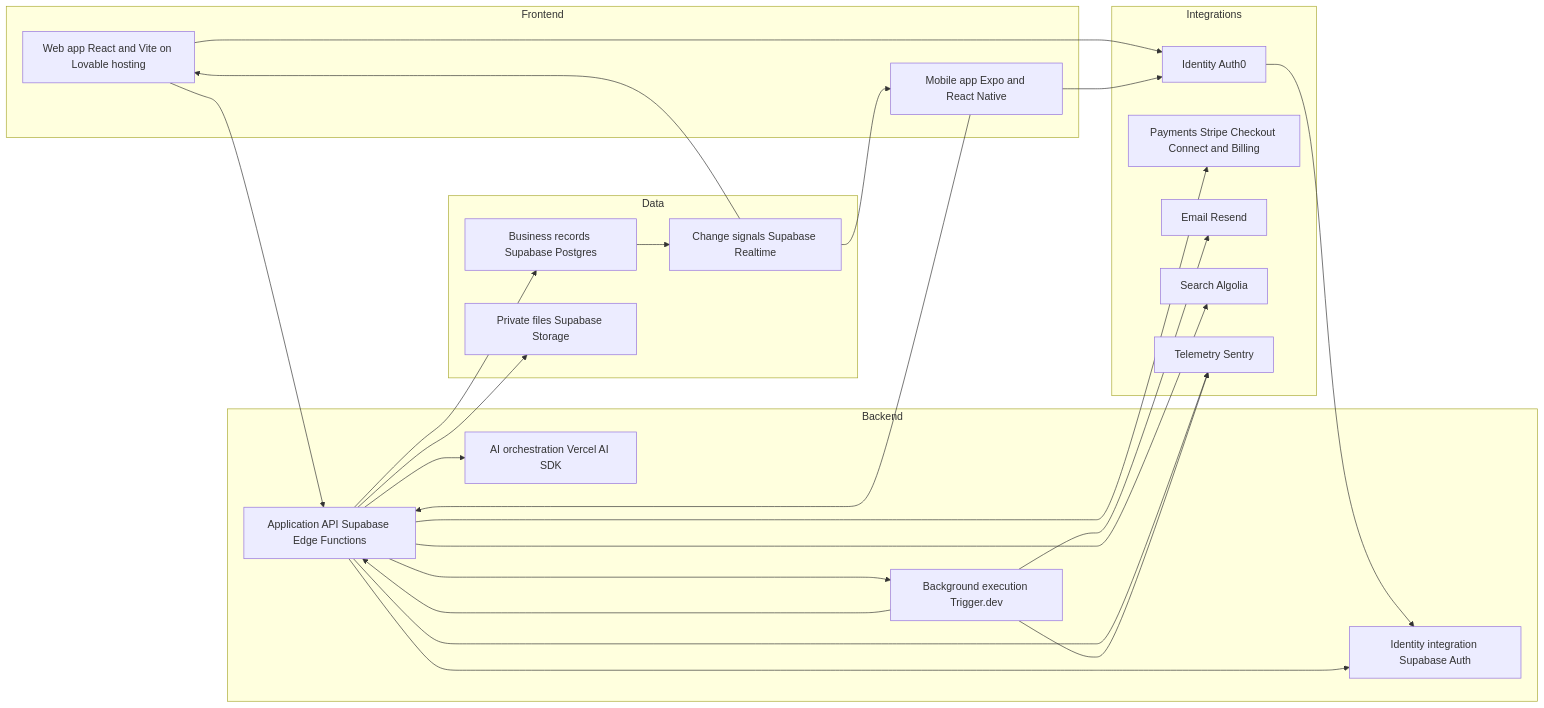
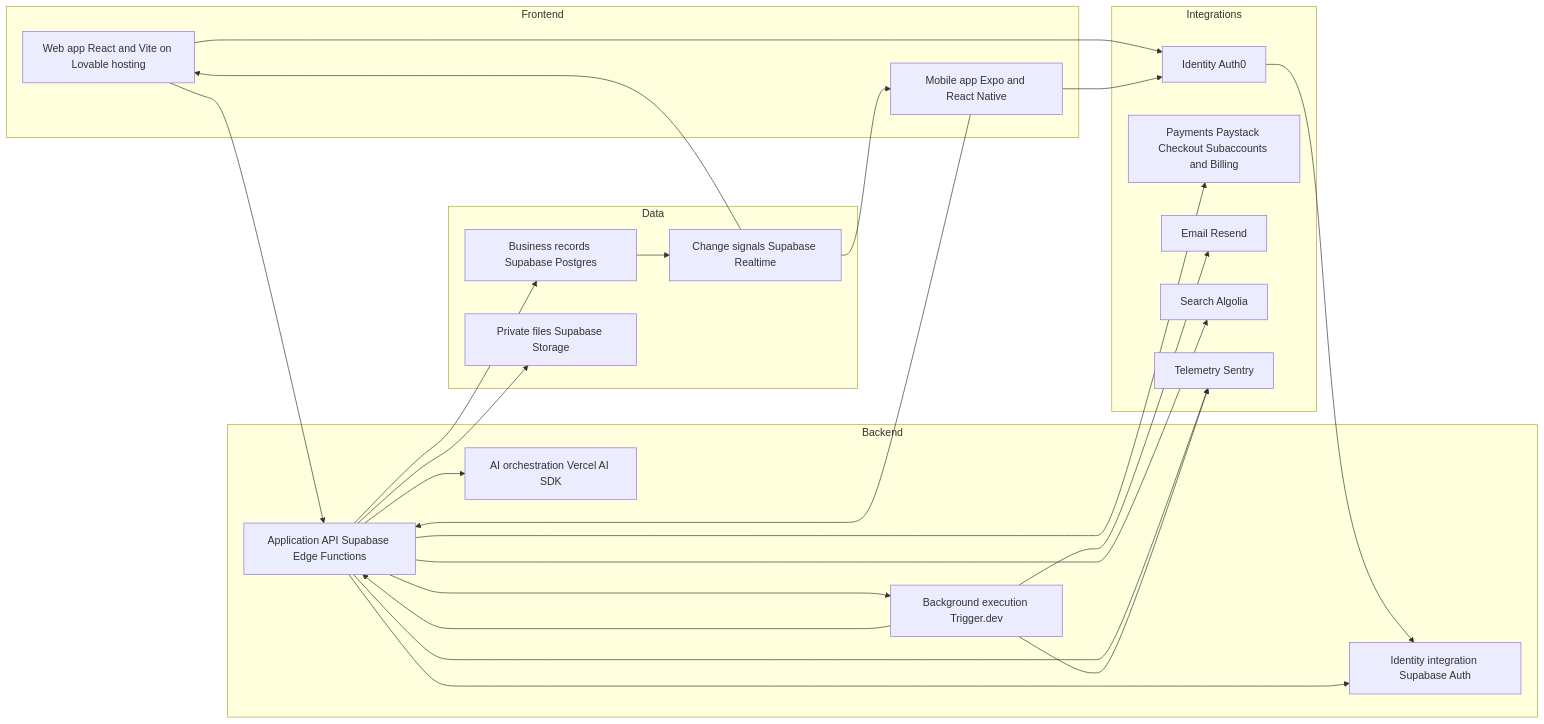
Before and after one commit to TheLionKing7/Owanbe: the second of 4 diagrams in blueprint/architecture.md, drawn with Mermaid. The commit also changed other lines of this file and 15 other files, not shown here.

````diff
--- a/blueprint/architecture.md
+++ b/blueprint/architecture.md
@@ -52,44 +52,44 @@
 ```mermaid
 flowchart LR
 subgraph Frontend
 Web["Web app React and Vite on Lovable hosting"]
 Mobile["Mobile app Expo and React Native"]
 end
 subgraph Backend
 API["Application API Supabase Edge Functions"]
 Access["Identity integration Supabase Auth"]
 Jobs["Background execution Trigger.dev"]
 AI["AI orchestration Vercel AI SDK"]
 end
 subgraph Data
 DB["Business records Supabase Postgres"]
 Files["Private files Supabase Storage"]
 Live["Change signals Supabase Realtime"]
 end
 subgraph Integrations
 Login["Identity Auth0"]
-Pay["Payments Stripe Checkout Connect and Billing"]
+Pay["Payments Paystack Checkout Subaccounts and Billing"]
 Mail["Email Resend"]
 Search["Search Algolia"]
 Errors["Telemetry Sentry"]
 end
 Web --> API
 Mobile --> API
 Web --> Login
 Mobile --> Login
 Login --> Access
 API --> Access
 API --> DB
 API --> Files
 API --> AI
 API --> Pay
 API --> Search
 API --> Jobs
 Jobs --> API
 Jobs --> Mail
 DB --> Live
 Live --> Web
 Live --> Mobile
 API --> Errors
 Jobs --> Errors
 ```
````
